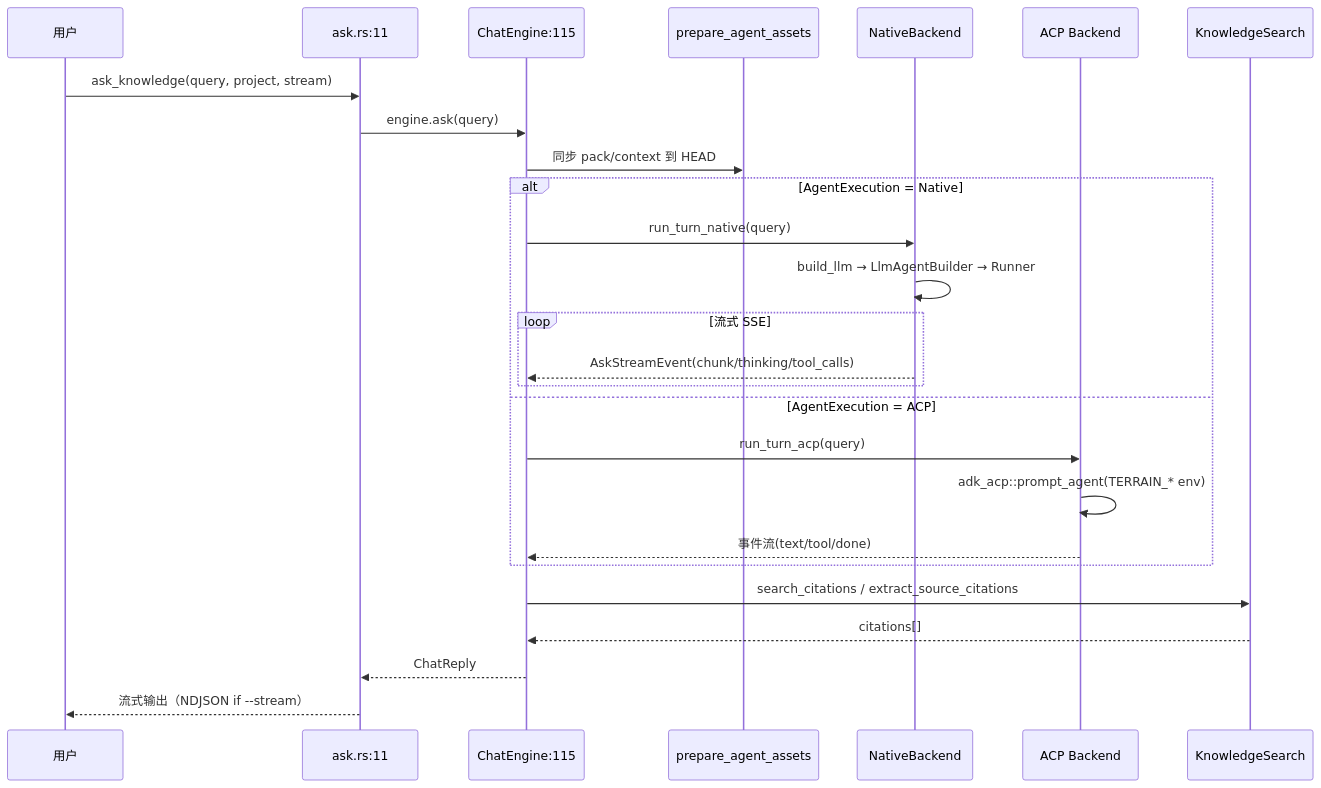
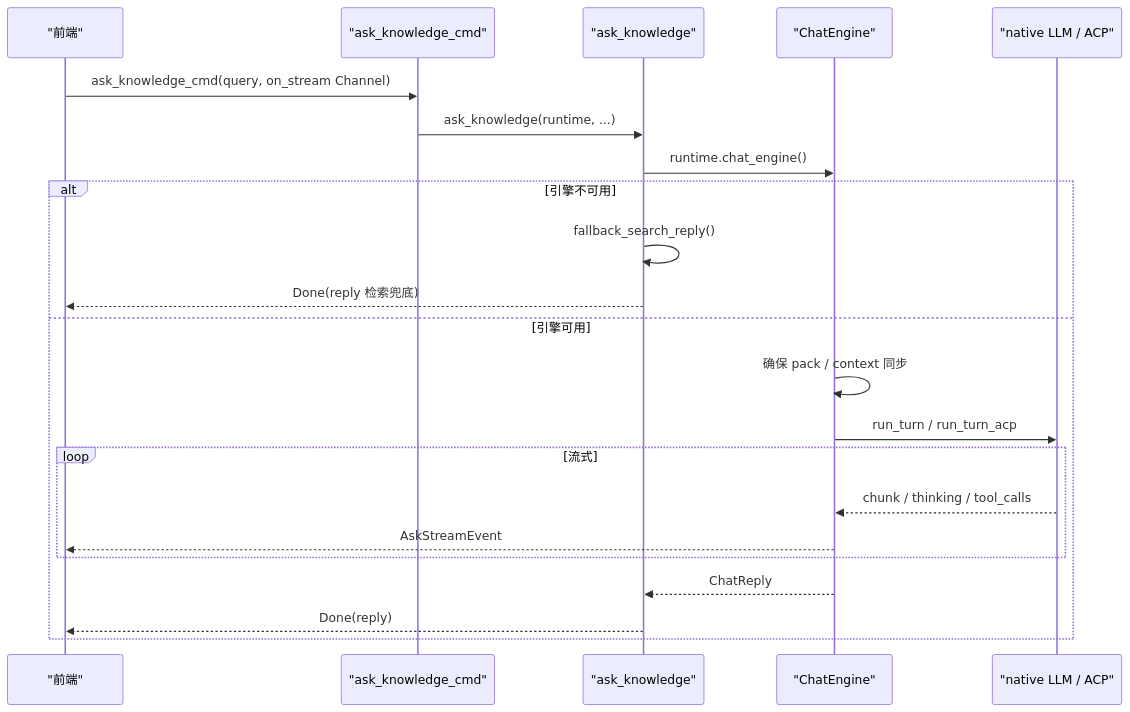
Before and after one commit to sopaco/terrain: the seventh of 11 diagrams in .terrain/human/3.工作流.md, drawn with Mermaid. The commit also changed other lines of this file and 29 other files, not shown here.

Commit message:
update terrain assets

````diff
--- a/.terrain/human/3.工作流.md
+++ b/.terrain/human/3.工作流.md
@@ -127,29 +201,25 @@
 ```mermaid
 sequenceDiagram
-    participant U as 用户
-    participant WF as ask.rs:11
-    participant ENG as ChatEngine:115
-    participant PREP as prepare_agent_assets
-    participant NAT as NativeBackend
-    participant ACP as ACP Backend
-    participant SRCH as KnowledgeSearch
+    participant UI as "前端"
+    participant CMD as "ask_knowledge_cmd"
+    participant ASK as "ask_knowledge"
+    participant ENG as "ChatEngine"
+    participant LLM as "native LLM / ACP"
 
-    U->>WF: ask_knowledge(query, project, stream)
-    WF->>ENG: engine.ask(query)
-    ENG->>PREP: 同步 pack/context 到 HEAD
-    alt AgentExecution = Native
-        ENG->>NAT: run_turn_native(query)
-        NAT->>NAT: build_llm → LlmAgentBuilder → Runner
-        loop 流式 SSE
-            NAT-->>ENG: AskStreamEvent(chunk/thinking/tool_calls)
+    UI->>CMD: ask_knowledge_cmd(query, on_stream Channel)
+    CMD->>ASK: ask_knowledge(runtime, ...)
+    ASK->>ENG: runtime.chat_engine()
+    alt 引擎不可用
+        ASK->>ASK: fallback_search_reply()
+        ASK-->>UI: Done(reply 检索兜底)
+    else 引擎可用
+        ENG->>ENG: 确保 pack / context 同步
+        ENG->>LLM: run_turn / run_turn_acp
+        loop 流式
+            LLM-->>ENG: chunk / thinking / tool_calls
+            ENG-->>UI: AskStreamEvent
         end
-    else AgentExecution = ACP
-        ENG->>ACP: run_turn_acp(query)
-        ACP->>ACP: adk_acp::prompt_agent(TERRAIN_* env)
-        ACP-->>ENG: 事件流(text/tool/done)
+        ENG-->>ASK: ChatReply
+        ASK-->>UI: Done(reply)
     end
-    ENG->>SRCH: search_citations / extract_source_citations
-    SRCH-->>ENG: citations[]
-    ENG-->>WF: ChatReply
-    WF-->>U: 流式输出（NDJSON if --stream）
 ```
````
